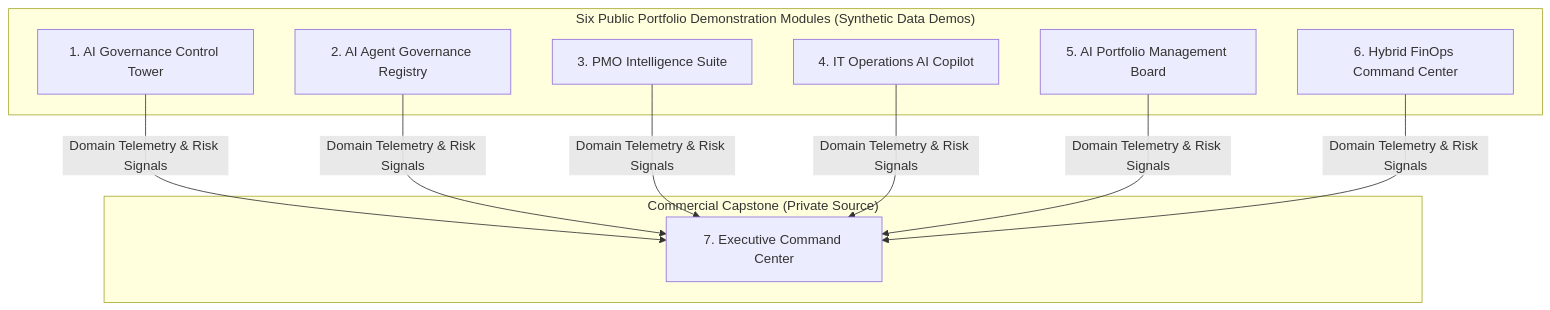
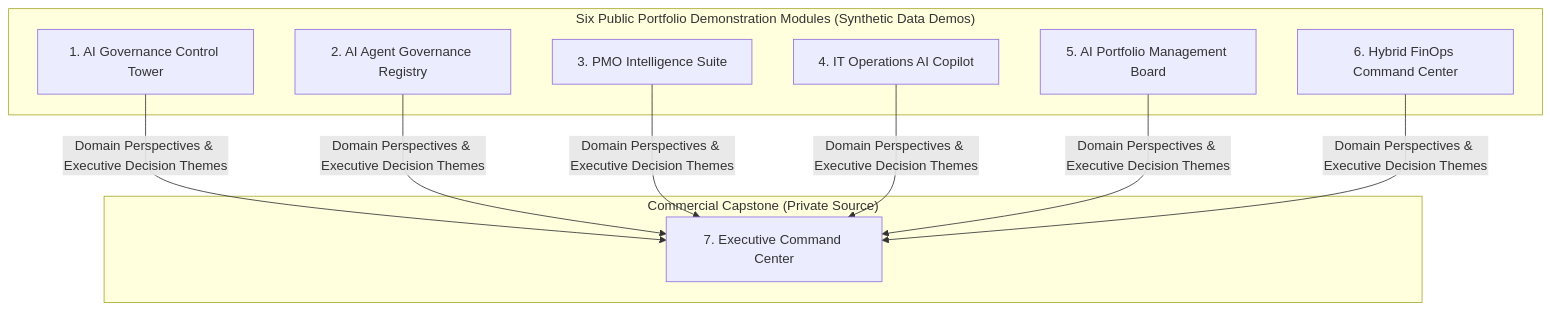
The diagram in README.md (jovfranco-tech/executive-ai-it-leadership-suite-showcase), drawn with Mermaid before and after one commit. The commit also changed other lines of this file and 1 other file, not shown here.

Commit message:
fix(showcase): remove internal route disclosures and correct architecture wording

````diff
--- a/README.md
+++ b/README.md
@@ -22,17 +24,17 @@
 ```mermaid
 flowchart TD
     subgraph Demos ["Six Public Portfolio Demonstration Modules (Synthetic Data Demos)"]
         M1["1. AI Governance Control Tower"]
         M2["2. AI Agent Governance Registry"]
         M3["3. PMO Intelligence Suite"]
         M4["4. IT Operations AI Copilot"]
         M5["5. AI Portfolio Management Board"]
         M6["6. Hybrid FinOps Command Center"]
     end
 
     subgraph Capstone ["Commercial Capstone (Private Source)"]
         ECC["7. Executive Command Center"]
     end
 
-    M1 & M2 & M3 & M4 & M5 & M6 -->|Domain Telemetry & Risk Signals| ECC
+    M1 & M2 & M3 & M4 & M5 & M6 -->|Domain Perspectives & Executive Decision Themes| ECC
 ```
````
